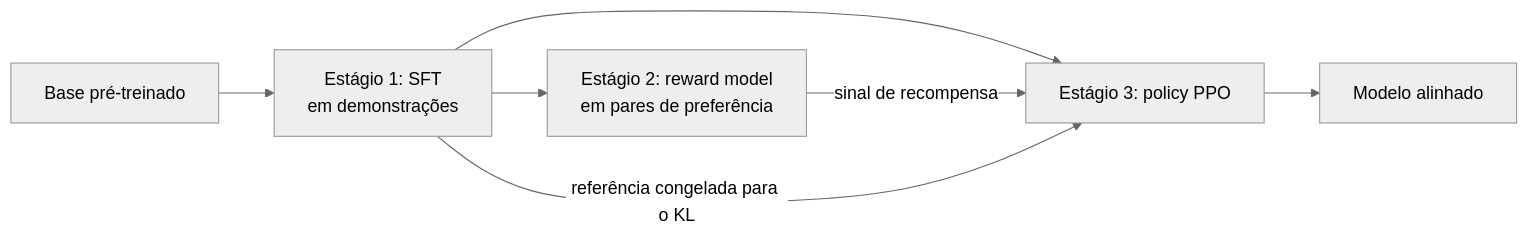
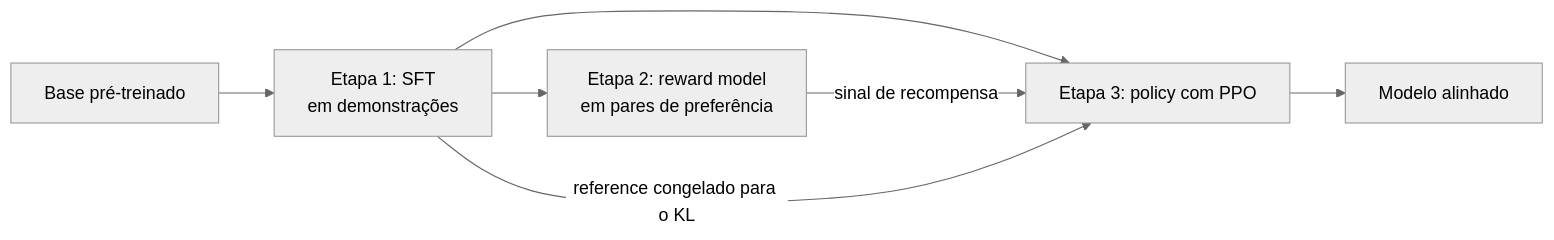
The sixth of 29 diagrams in 05-fine-tuning-and-alignment/questions.pt-BR.md (andrevberaldo/AI-Engineer-Interview-Questions), drawn with Mermaid (neutral theme) before and after one commit. The commit also changed other lines of this file and 1 other file, not shown here.

````diff
--- a/05-fine-tuning-and-alignment/questions.pt-BR.md
+++ b/05-fine-tuning-and-alignment/questions.pt-BR.md
@@ -305,9 +305,9 @@
 ```mermaid
 flowchart LR
-    A["Base pré-treinado"] --> B["Estágio 1: SFT<br/>em demonstrações"]
-    B --> C["Estágio 2: reward model<br/>em pares de preferência"]
-    B --> D["Estágio 3: policy PPO"]
+    A["Base pré-treinado"] --> B["Etapa 1: SFT<br/>em demonstrações"]
+    B --> C["Etapa 2: reward model<br/>em pares de preferência"]
+    B --> D["Etapa 3: policy com PPO"]
     C -->|"sinal de recompensa"| D
-    B -->|"referência congelada para o KL"| D
+    B -->|"reference congelado para o KL"| D
     D --> E["Modelo alinhado"]
 ```
````
